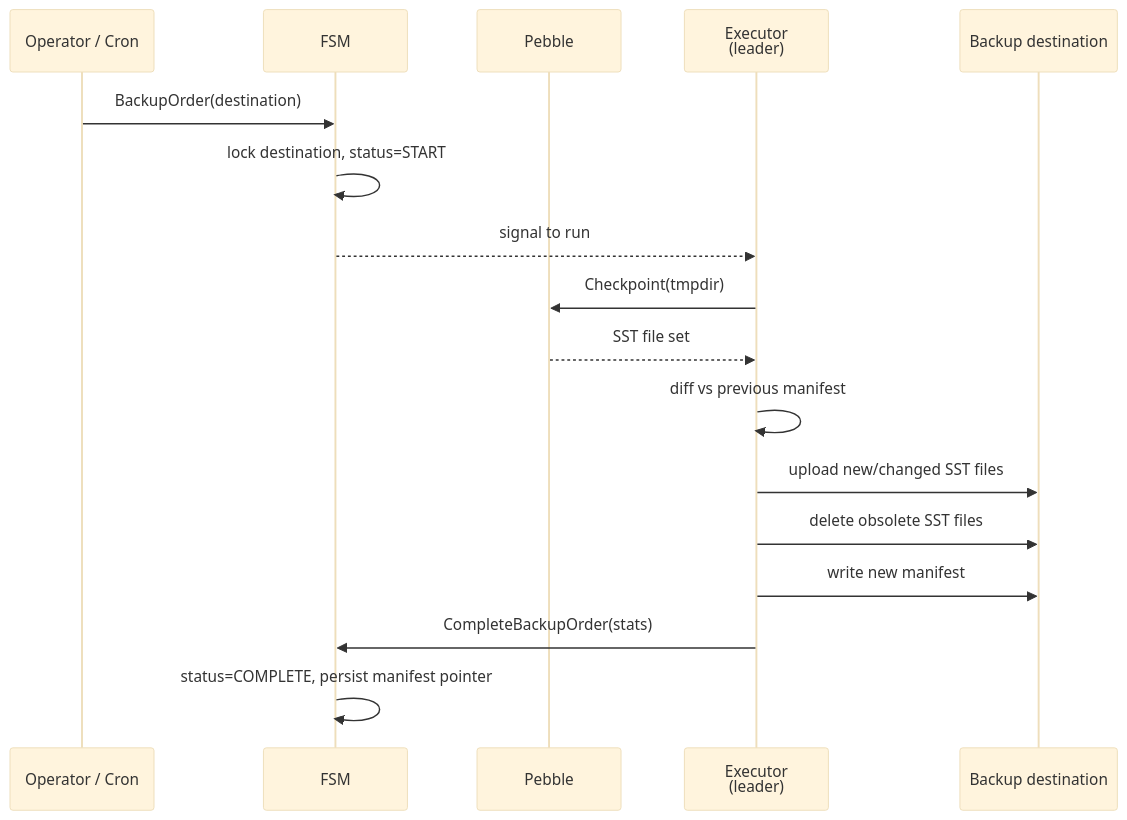
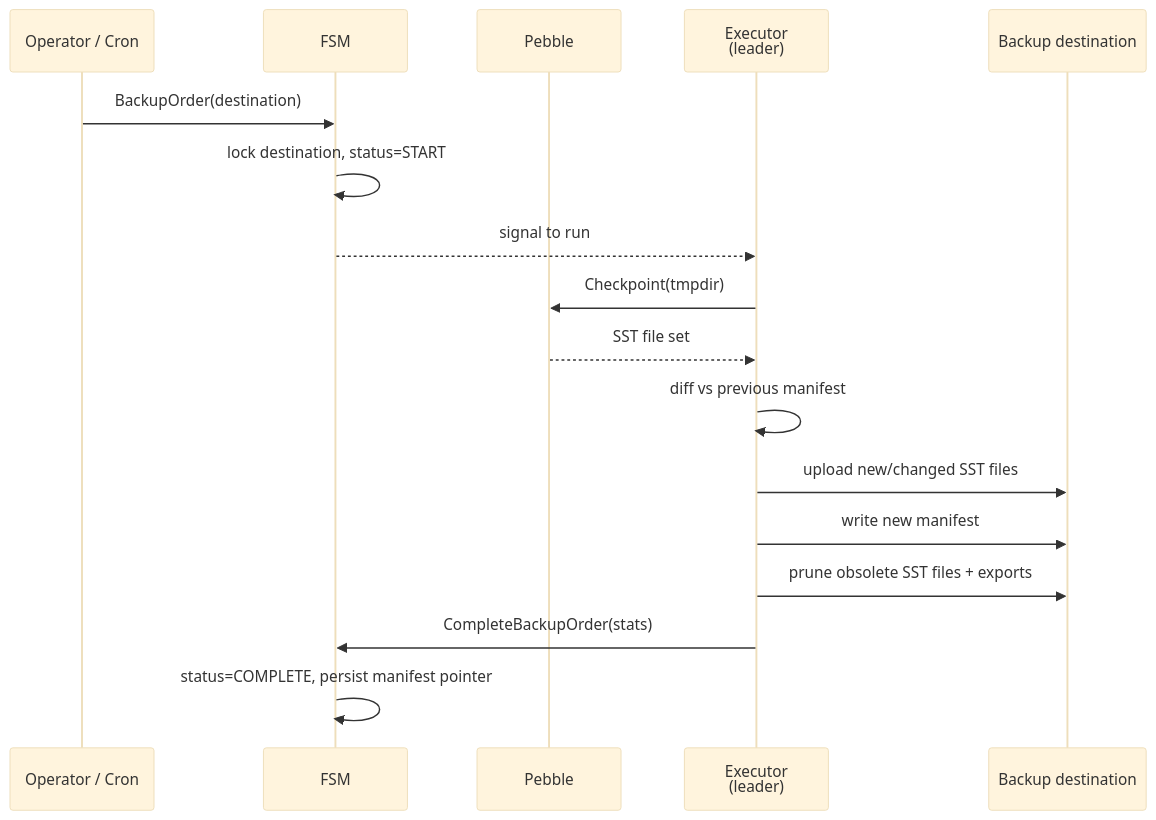
Before and after one commit to formancehq/ledger: the diagram in docs/technical/architecture/subsystems/chapters/backup.md, drawn with Mermaid (base theme). The commit also changed other lines of this file and 3 other files, not shown here.

````diff
--- a/docs/technical/architecture/subsystems/chapters/backup.md
+++ b/docs/technical/architecture/subsystems/chapters/backup.md
@@ -31,20 +31,20 @@
 ```mermaid
 sequenceDiagram
     participant Op as Operator / Cron
     participant FSM
     participant Peb as Pebble
     participant Exec as Executor<br/>(leader)
     participant Dst as Backup destination
 
     Op->>FSM: BackupOrder(destination)
     FSM->>FSM: lock destination, status=START
     FSM-->>Exec: signal to run
     Exec->>Peb: Checkpoint(tmpdir)
     Peb-->>Exec: SST file set
     Exec->>Exec: diff vs previous manifest
     Exec->>Dst: upload new/changed SST files
-    Exec->>Dst: delete obsolete SST files
     Exec->>Dst: write new manifest
+    Exec->>Dst: prune obsolete SST files + exports
     Exec->>FSM: CompleteBackupOrder(stats)
     FSM->>FSM: status=COMPLETE, persist manifest pointer
 ```
````
